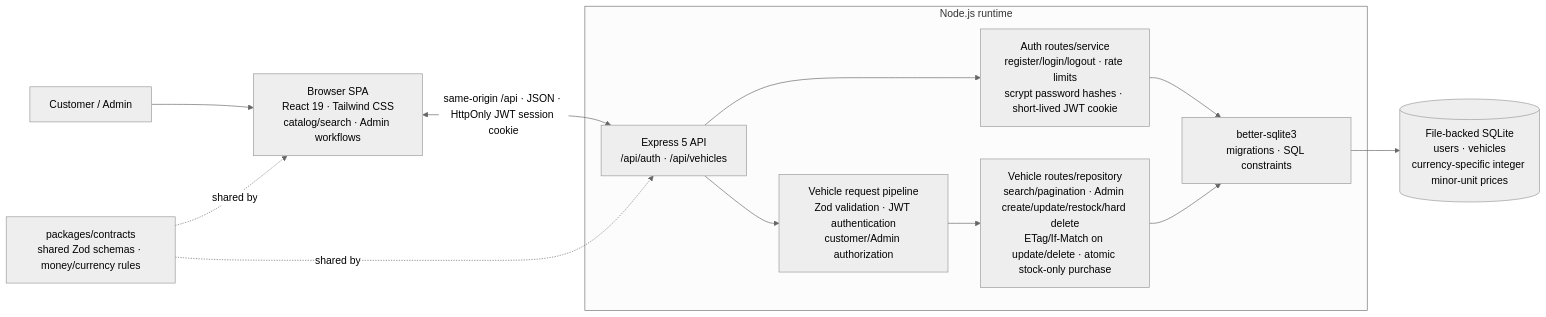
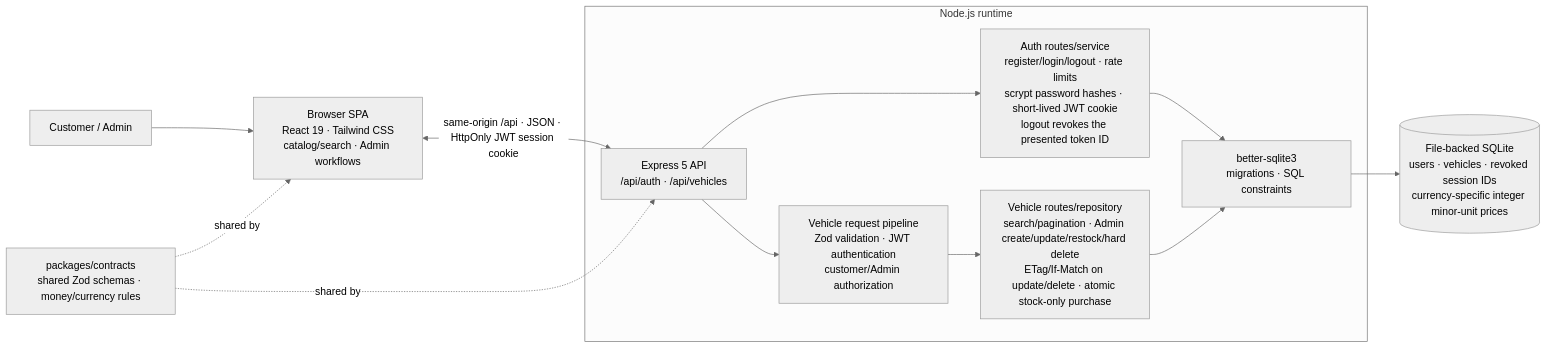
One commit to shivanshjain456/car-dealership-inventory changed the diagram in README.md. Above: the diagram before and after it, drawn with Mermaid (neutral theme). The commit also changed other lines of this file and 7 other files, not shown here.

````diff
--- a/README.md
+++ b/README.md
@@ -37,27 +48,27 @@
 ```mermaid
 flowchart LR
     actors["Customer / Admin"]
     spa["Browser SPA<br/>React 19 · Tailwind CSS<br/>catalog/search · Admin workflows"]
     actors --> spa
 
     subgraph node["Node.js runtime"]
         api["Express 5 API<br/>/api/auth · /api/vehicles"]
-        auth["Auth routes/service<br/>register/login/logout · rate limits<br/>scrypt password hashes · short-lived JWT cookie"]
+        auth["Auth routes/service<br/>register/login/logout · rate limits<br/>scrypt password hashes · short-lived JWT cookie<br/>logout revokes the presented token ID"]
         guards["Vehicle request pipeline<br/>Zod validation · JWT authentication<br/>customer/Admin authorization"]
         vehicles["Vehicle routes/repository<br/>search/pagination · Admin create/update/restock/hard delete<br/>ETag/If-Match on update/delete · atomic stock-only purchase"]
         sqlite_adapter["better-sqlite3<br/>migrations · SQL constraints"]
         api --> auth
         api --> guards
         guards --> vehicles
         auth --> sqlite_adapter
         vehicles --> sqlite_adapter
     end
 
-    data[("File-backed SQLite<br/>users · vehicles<br/>currency-specific integer minor-unit prices")]
+    data[("File-backed SQLite<br/>users · vehicles · revoked session IDs<br/>currency-specific integer minor-unit prices")]
     sqlite_adapter --> data
     spa <-->|"same-origin /api · JSON · HttpOnly JWT session cookie"| api
 
     contracts["packages/contracts<br/>shared Zod schemas · money/currency rules"]
     contracts -.->|shared by| spa
     contracts -.->|shared by| api
 ```
````
